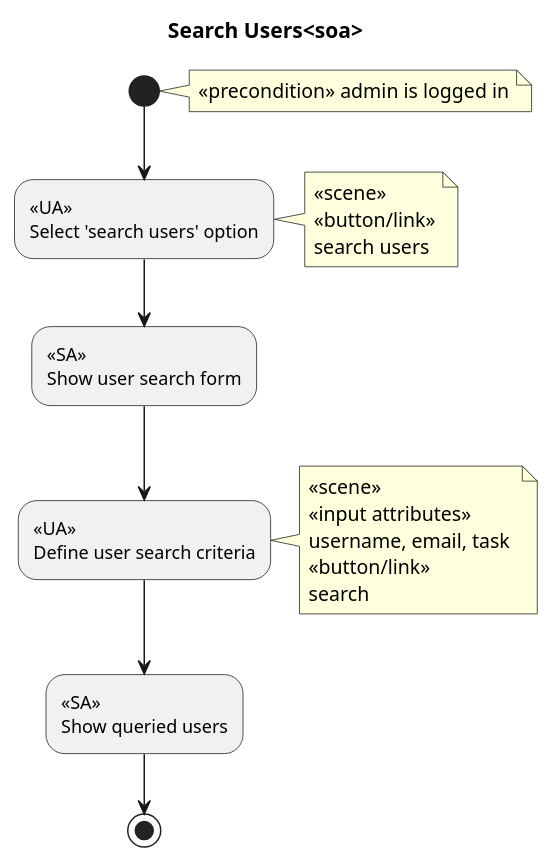
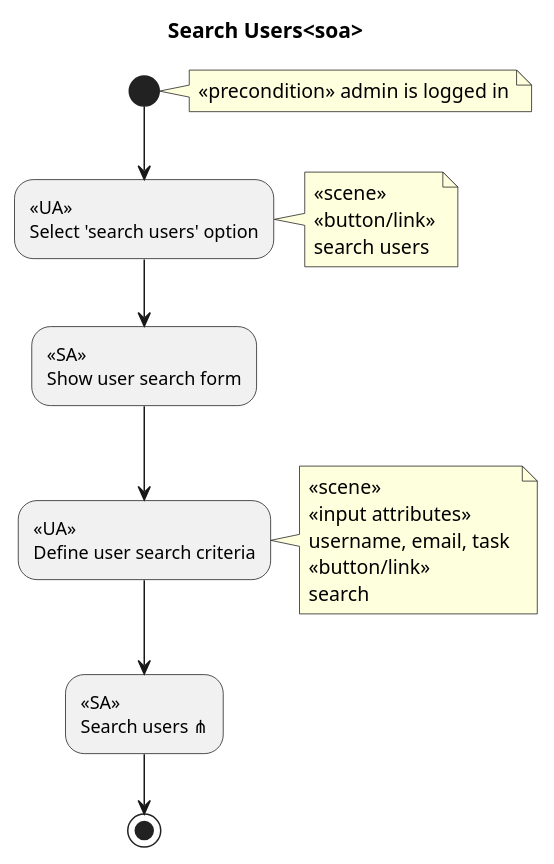
One commit to bzg/bugpile changed diagram 28 of 41 in doc/worg/org-contrib/gsoc2012/student-projects/bugpile/i.org. Above: the diagram before and after it, drawn with PlantUML. The commit also changed other lines of this file and 7 other files, not shown here.

Commit message:
i.org tutorial on worg: architecture section written, with graphical depictions.

```diff
--- a/doc/worg/org-contrib/gsoc2012/student-projects/bugpile/i.org
+++ b/doc/worg/org-contrib/gsoc2012/student-projects/bugpile/i.org
@@ -1285,11 +1280,11 @@
 #+begin_src plantuml :file ../../../../images/gsoc/2012/bugpile/search-users-uml-soa.png 
   title Search Users<soa>
   note right: <<precondition>> admin is logged in
   (*) --> "<<UA>>\nSelect 'search users' option"
   note right: <<scene>>\n<<button/link>>\nsearch users
   --> "<<SA>>\nShow user search form"
   --> "<<UA>>\nDefine user search criteria"
   note right: <<scene>>\n<<input attributes>>\nusername, email, task \n<<button/link>>\nsearch
-  --> "<<SA>>\nShow queried users"
+  --> "<<SA>>\nSearch users ⋔"
   --> (*)
 #+end_src
```
